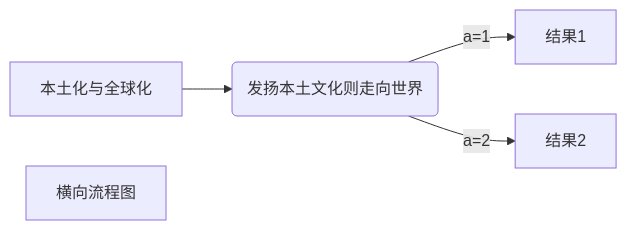
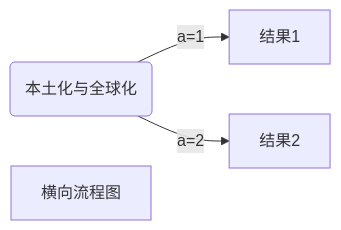
Before and after one commit to LyraT57/621: the diagram in 论述语料/民族与世界.md, drawn with Mermaid.

````diff
--- a/论述语料/民族与世界.md
+++ b/论述语料/民族与世界.md
@@ -25,7 +25,7 @@
 ```mermaid
 graph LR
-A[本土化与全球化] -->C(发扬本土文化则走向世界)
+C(本土化与全球化)
     C -->|a=1| D[结果1]
     C -->|a=2| E[结果2]
     F[横向流程图]
 ```
````
